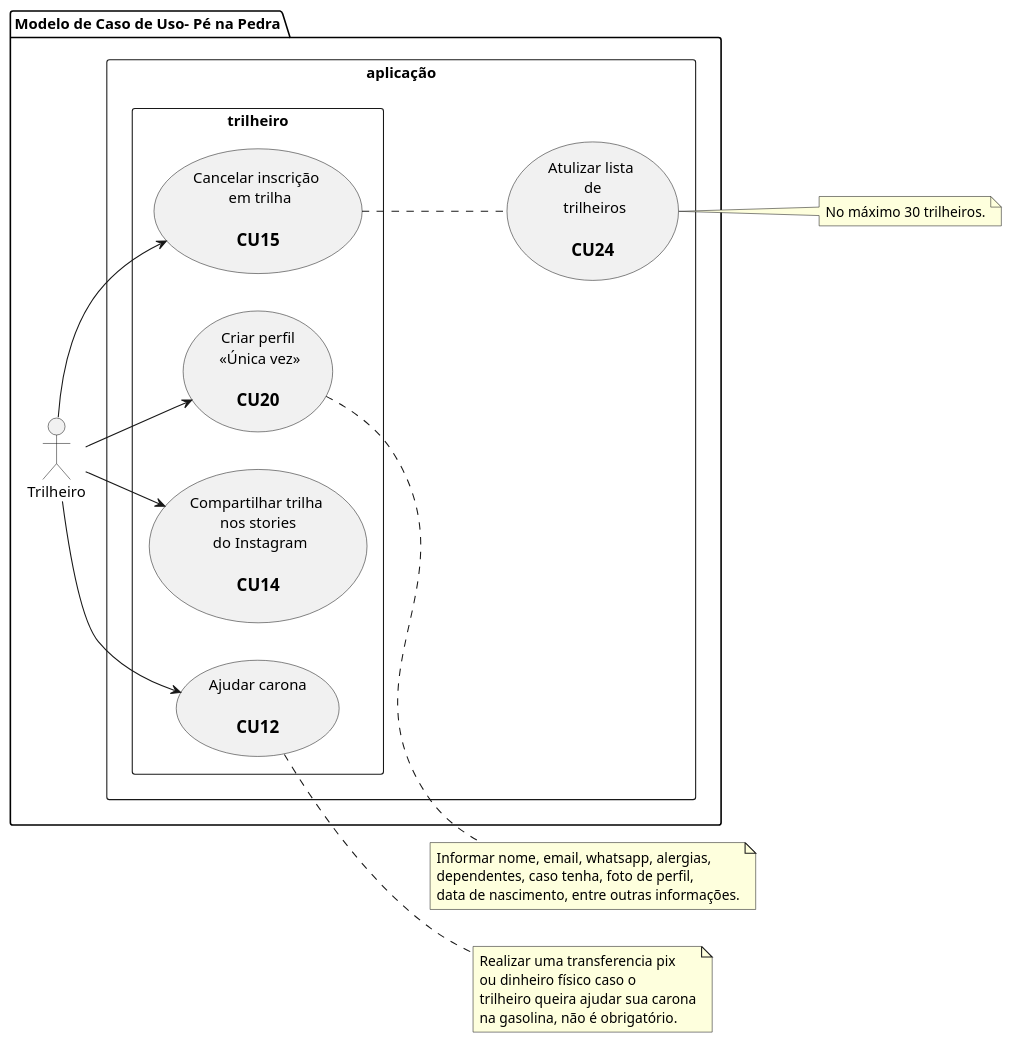
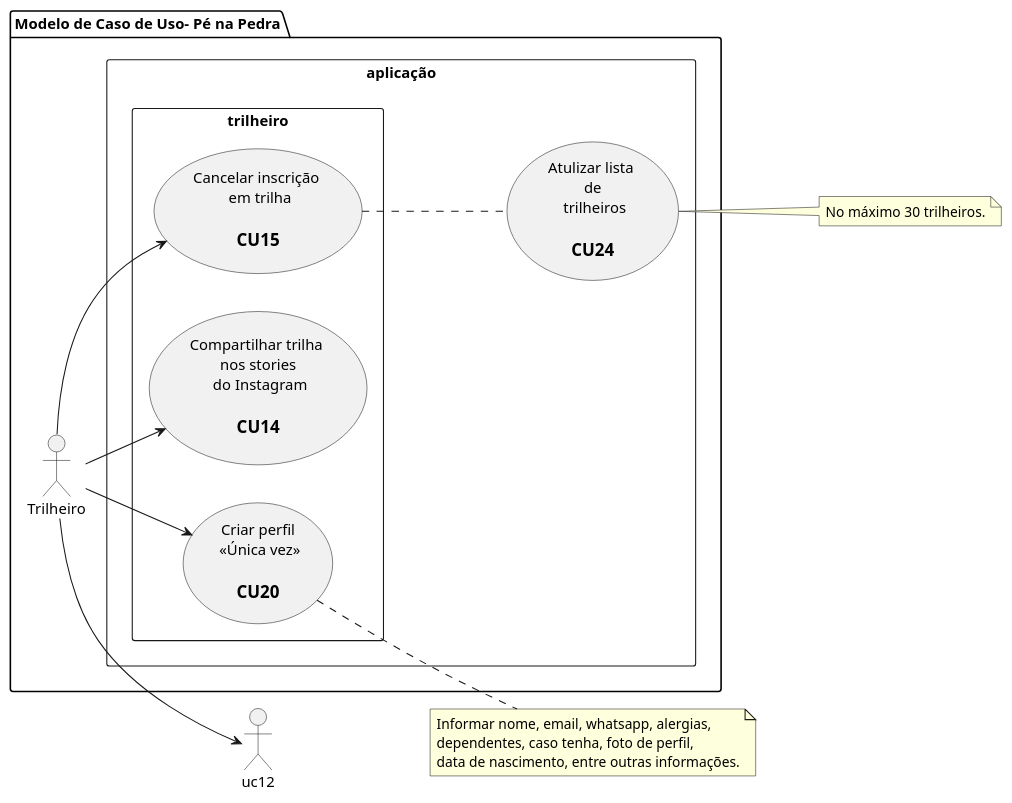
Before and after one commit to tiagors09/pe_na_pedra: the diagram in docs/diagrams/src/pe_na_pedra_usecase_7.plantuml, drawn with PlantUML.

Commit message:
refactor: :recycle: remove uc12

```diff
--- a/docs/diagrams/src/pe_na_pedra_usecase_7.plantuml
+++ b/docs/diagrams/src/pe_na_pedra_usecase_7.plantuml
@@ -1,47 +1,38 @@
 @startuml pe_na_pedra_usecase_7
   left to right direction
 
   package "Modelo de Caso de Uso- Pé na Pedra" {
     :Trilheiro: as tr
 
     rectangle aplicação {
       usecase uc24 as "Atulizar lista \n de \n trilheiros\n 
       == CU24"
 
       rectangle trilheiro {
         usecase uc20 as "Criar perfil\n <<Única vez>>\n 
           == CU20"
-        usecase uc12 as "Ajudar carona\n 
-          == CU12"
         usecase uc14 as "Compartilhar trilha \n nos stories \n do Instagram\n 
           == CU14"
         usecase uc15 as "Cancelar inscrição \n em trilha\n 
           == CU15"
       }
     }
   }
-
-  note right of uc12
-    Realizar uma transferencia pix 
-    ou dinheiro físico caso o 
-    trilheiro queira ajudar sua carona
-    na gasolina, não é obrigatório.
-  end note
 
   note right of uc20
     Informar nome, email, whatsapp, alergias,
     dependentes, caso tenha, foto de perfil,
     data de nascimento, entre outras informações.
   end note
 
   note right of uc24
     No máximo 30 trilheiros.
   end note
 
   uc15 .. uc24
 
   tr --> uc20
   tr --> uc12
   tr --> uc14
   tr --> uc15
 @enduml
```
